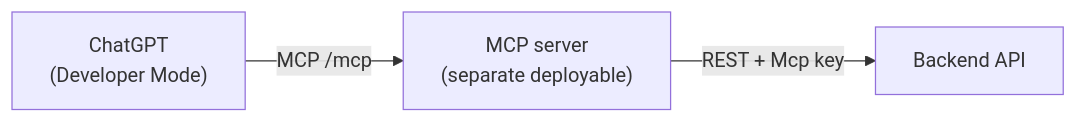
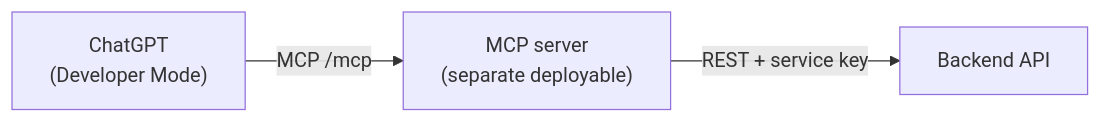
Before and after one commit to phanxuanquang/jetomax-assignment: the diagram in docs/mcp-integration.md, drawn with Mermaid. The commit also changed other lines of this file and 5 other files, not shown here.

````diff
--- a/docs/mcp-integration.md
+++ b/docs/mcp-integration.md
@@ -7,5 +5,5 @@
 ```mermaid
 flowchart LR
     GPT["ChatGPT<br/>(Developer Mode)"] -->|MCP /mcp| MCPS["MCP server<br/>(separate deployable)"]
-    MCPS -->|REST + Mcp key| API["Backend API"]
+    MCPS -->|REST + service key| API["Backend API"]
 ```
````
